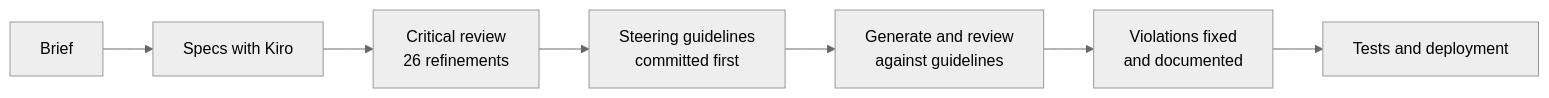
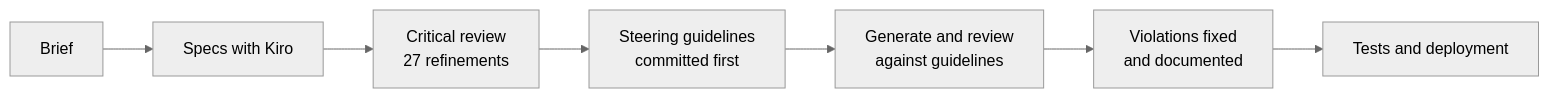
One commit to Revou-FSSE-Jun26/module-4-jimWilliam changed the second of 2 diagrams in README.md. Above: the diagram before and after it, drawn with Mermaid (neutral theme). The commit also changed other lines of this file and 29 other files, not shown here.

````diff
--- a/README.md
+++ b/README.md
@@ -230,4 +233,4 @@
 ```mermaid
 flowchart LR
-    A[Brief] --> B[Specs with Kiro] --> C[Critical review<br/>26 refinements] --> D[Steering guidelines<br/>committed first] --> E[Generate and review<br/>against guidelines] --> F[Violations fixed<br/>and documented] --> G[Tests and deployment]
+    A[Brief] --> B[Specs with Kiro] --> C[Critical review<br/>27 refinements] --> D[Steering guidelines<br/>committed first] --> E[Generate and review<br/>against guidelines] --> F[Violations fixed<br/>and documented] --> G[Tests and deployment]
 ```
````
